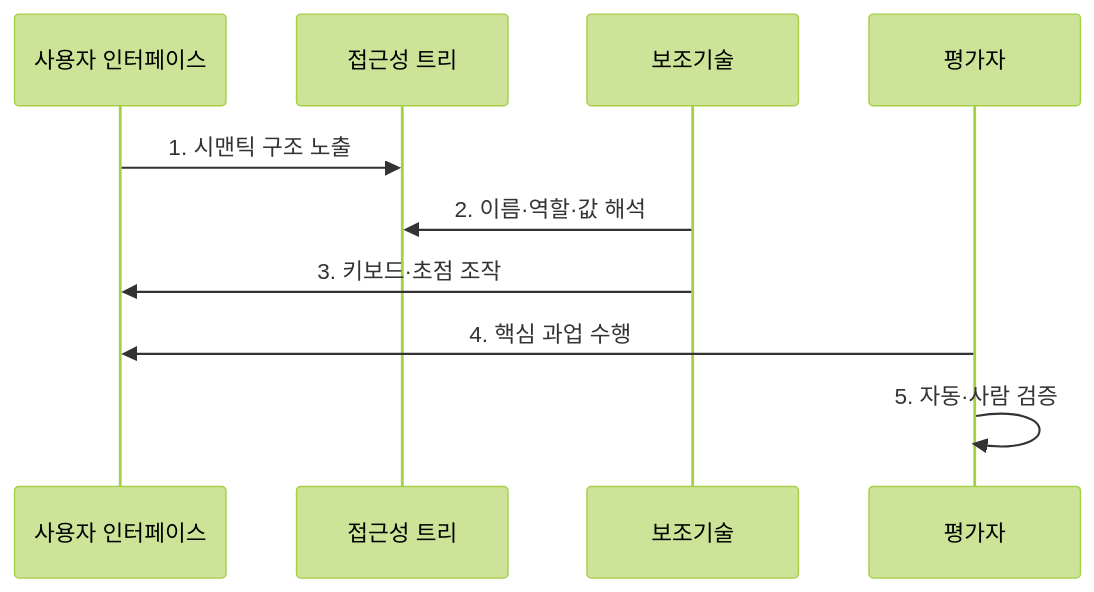
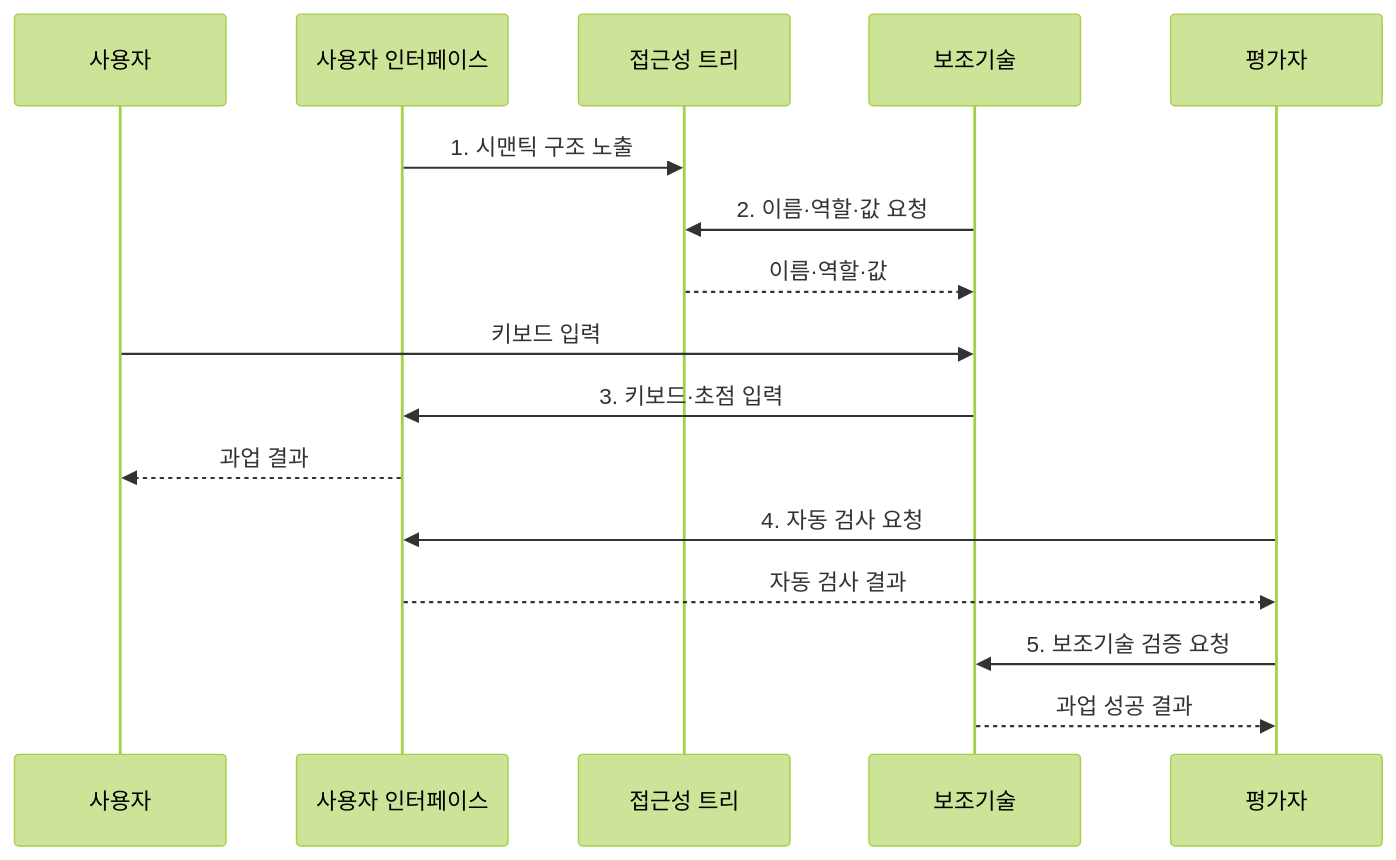
Before and after one commit to agnusdei1207/knowledge-base: the second of 2 diagrams in src/content/docs/notes/03-software/194_digital_accessibility_wcag.md, drawn with Mermaid (forest theme). The commit also changed other lines of this file and 20 other files, not shown here.

````diff
--- a/src/content/docs/notes/03-software/194_digital_accessibility_wcag.md
+++ b/src/content/docs/notes/03-software/194_digital_accessibility_wcag.md
@@ -77,12 +79,18 @@
 ```mermaid
 sequenceDiagram
+    participant P as 사용자
     participant U as 사용자 인터페이스
     participant A as 접근성 트리
     participant T as 보조기술
     participant V as 평가자
     U->>A: 1. 시맨틱 구조 노출
-    T->>A: 2. 이름·역할·값 해석
-    T->>U: 3. 키보드·초점 조작
-    V->>U: 4. 핵심 과업 수행
-    V->>V: 5. 자동·사람 검증
+    T->>A: 2. 이름·역할·값 요청
+    A-->>T: 이름·역할·값
+    P->>T: 키보드 입력
+    T->>U: 3. 키보드·초점 입력
+    U-->>P: 과업 결과
+    V->>U: 4. 자동 검사 요청
+    U-->>V: 자동 검사 결과
+    V->>T: 5. 보조기술 검증 요청
+    T-->>V: 과업 성공 결과
 ```
````
